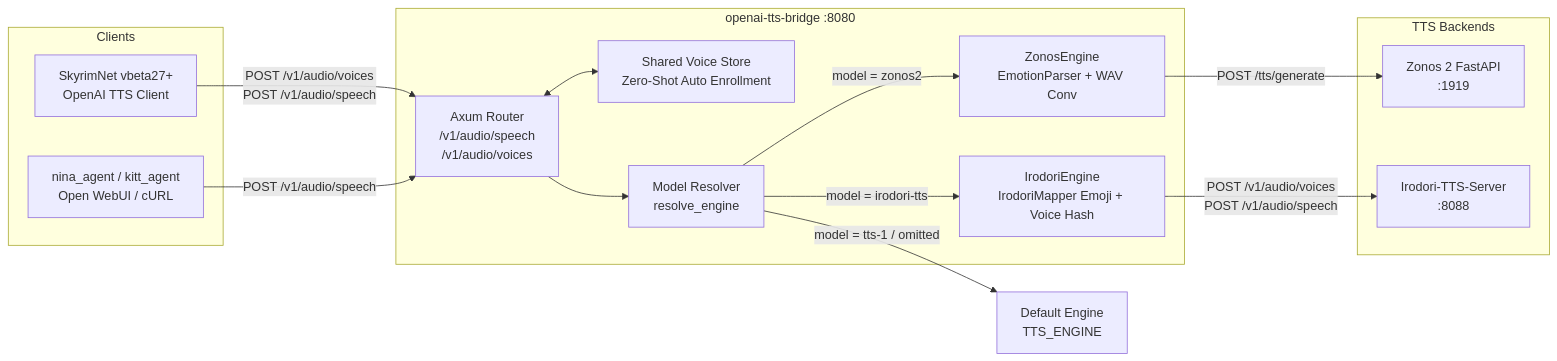
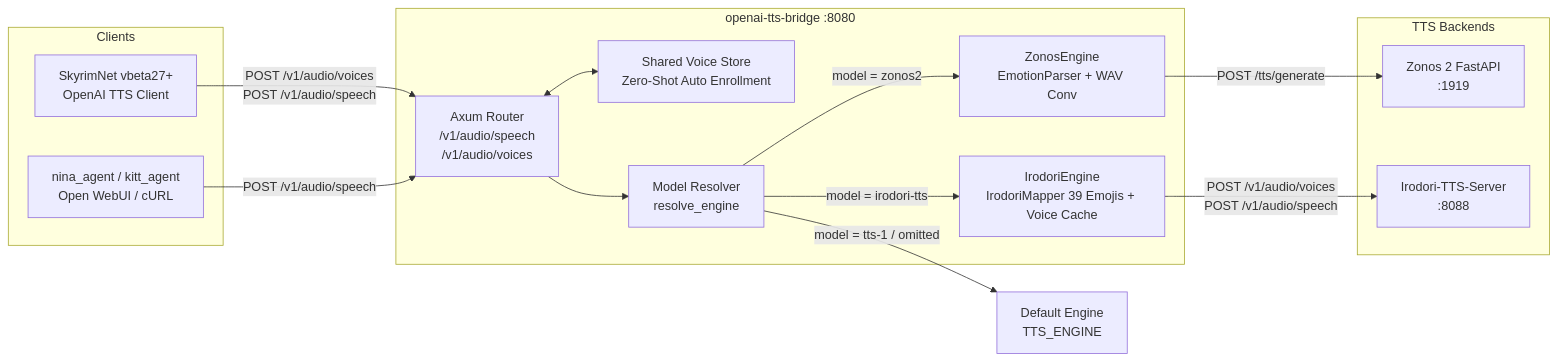
The diagram in README.md (kjsd/openai-tts-bridge), drawn with Mermaid before and after one commit. The commit also changed other lines of this file and 2 other files, not shown here.

Commit message:
feat(irodori): complete all 39 official Irodori-TTS emoji mappings and intensifier prefixes

````diff
--- a/README.md
+++ b/README.md
@@ -41,30 +41,30 @@
 ```mermaid
 flowchart LR
     subgraph Clients
         SkyrimOpenAI[SkyrimNet vbeta27+<br/>OpenAI TTS Client]
         OpenAI[nina_agent / kitt_agent<br/>Open WebUI / cURL]
     end
 
     subgraph Bridge [openai-tts-bridge :8080]
         Router[Axum Router<br/>/v1/audio/speech<br/>/v1/audio/voices]
         VoiceStore[Shared Voice Store<br/>Zero-Shot Auto Enrollment]
         Resolver[Model Resolver<br/>resolve_engine]
         ZonosMod[ZonosEngine<br/>EmotionParser + WAV Conv]
-        IrodoriMod[IrodoriEngine<br/>IrodoriMapper Emoji + Voice Hash]
+        IrodoriMod[IrodoriEngine<br/>IrodoriMapper 39 Emojis + Voice Cache]
     end
 
     subgraph Backends [TTS Backends]
         ZonosServer[Zonos 2 FastAPI<br/>:1919]
         IrodoriServer[Irodori-TTS-Server<br/>:8088]
     end
 
     SkyrimOpenAI -->|POST /v1/audio/voices<br/>POST /v1/audio/speech| Router
     OpenAI -->|POST /v1/audio/speech| Router
     Router <--> VoiceStore
     Router --> Resolver
     Resolver -->|model = zonos2| ZonosMod
     Resolver -->|model = irodori-tts| IrodoriMod
     Resolver -->|model = tts-1 / omitted| DefaultEngine[Default Engine<br/>TTS_ENGINE]
     ZonosMod -->|POST /tts/generate| ZonosServer
     IrodoriMod -->|POST /v1/audio/voices<br/>POST /v1/audio/speech| IrodoriServer
 ```
````
